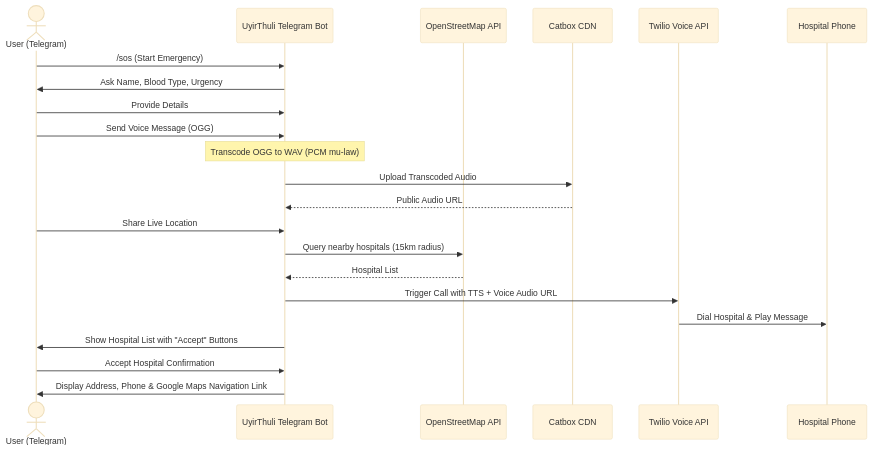
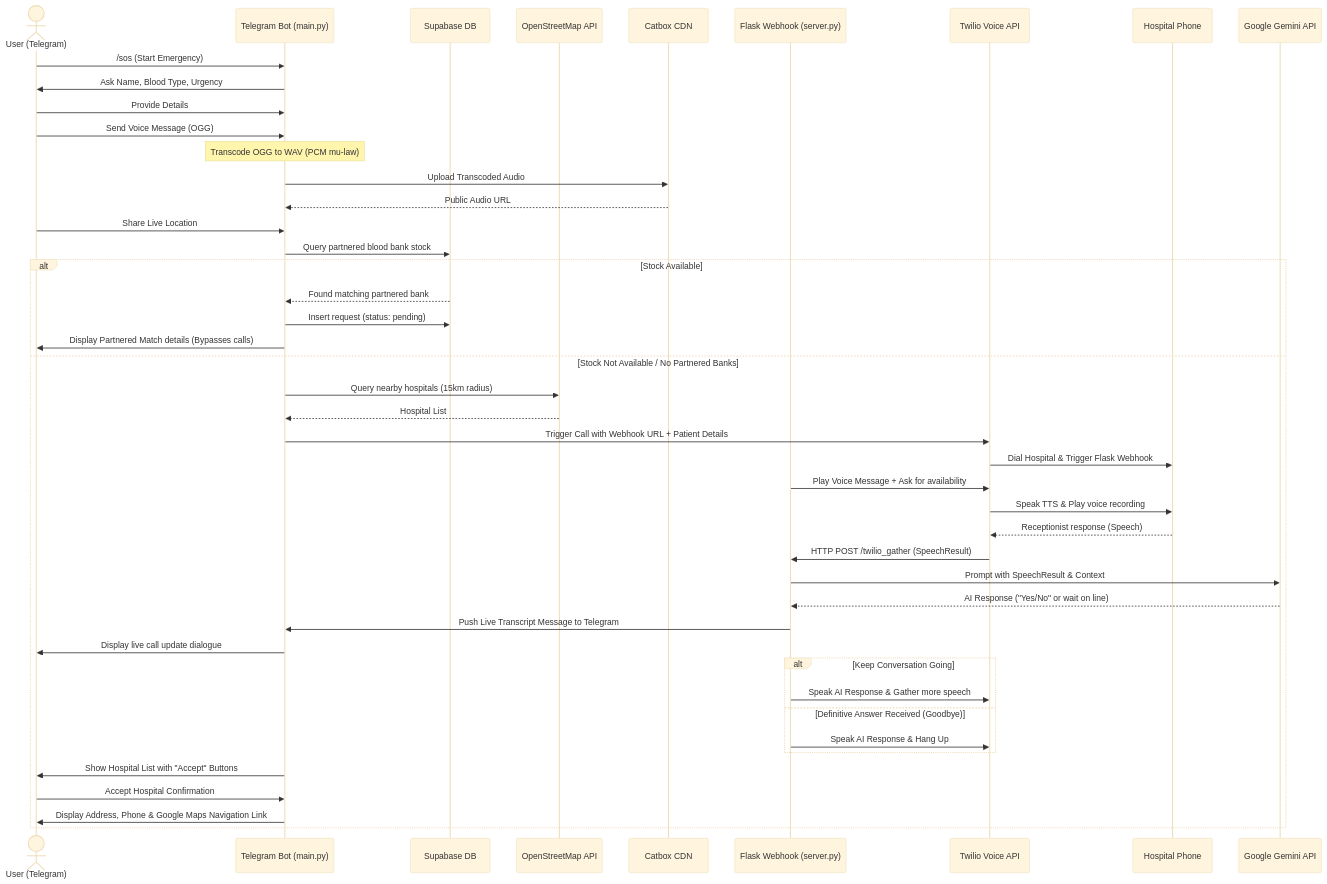
The diagram in README.md (akil-07/UyirThuli), drawn with Mermaid (base theme) before and after one commit. The commit also changed other lines of this file, not shown here.

Commit message:
docs: update README with Supabase blood bank matching, Gemini-powered Twilio conversational agents, and Flask webhook setup instructions

````diff
--- a/README.md
+++ b/README.md
@@ -20,25 +25,58 @@
 ```mermaid
 sequenceDiagram
     actor User as User (Telegram)
-    participant Bot as UyirThuli Telegram Bot
+    participant Bot as Telegram Bot (main.py)
+    participant DB as Supabase DB
     participant OSM as OpenStreetMap API
     participant CDN as Catbox CDN
+    participant Server as Flask Webhook (server.py)
     participant Twilio as Twilio Voice API
     participant Phone as Hospital Phone
+    participant Gemini as Google Gemini API
 
     User->>Bot: /sos (Start Emergency)
     Bot->>User: Ask Name, Blood Type, Urgency
     User->>Bot: Provide Details
     User->>Bot: Send Voice Message (OGG)
     Note over Bot: Transcode OGG to WAV (PCM mu-law)
     Bot->>CDN: Upload Transcoded Audio
     CDN-->>Bot: Public Audio URL
     User->>Bot: Share Live Location
-    Bot->>OSM: Query nearby hospitals (15km radius)
-    OSM-->>Bot: Hospital List
-    Bot->>Twilio: Trigger Call with TTS + Voice Audio URL
-    Twilio->>Phone: Dial Hospital & Play Message
-    Bot->>User: Show Hospital List with "Accept" Buttons
-    User->>Bot: Accept Hospital Confirmation
-    Bot->>User: Display Address, Phone & Google Maps Navigation Link
+    
+    %% Step 1: Database Check
+    Bot->>DB: Query partnered blood bank stock
+    alt Stock Available
+        DB-->>Bot: Found matching partnered bank
+        Bot->>DB: Insert request (status: pending)
+        Bot->>User: Display Partnered Match details (Bypasses calls)
+    else Stock Not Available / No Partnered Banks
+        %% Step 2: OSM Discovery & Twilio calls
+        Bot->>OSM: Query nearby hospitals (15km radius)
+        OSM-->>Bot: Hospital List
+        
+        Bot->>Twilio: Trigger Call with Webhook URL + Patient Details
+        Twilio->>Phone: Dial Hospital & Trigger Flask Webhook
+        
+        %% Webhook Interaction
+        Server->>Twilio: Play Voice Message + Ask for availability
+        Twilio->>Phone: Speak TTS & Play voice recording
+        Phone-->>Twilio: Receptionist response (Speech)
+        Twilio->>Server: HTTP POST /twilio_gather (SpeechResult)
+        
+        %% Gemini Conversational Loop
+        Server->>Gemini: Prompt with SpeechResult & Context
+        Gemini-->>Server: AI Response ("Yes/No" or wait on line)
+        Server->>Bot: Push Live Transcript Message to Telegram
+        Bot->>User: Display live call update dialogue
+        
+        alt Keep Conversation Going
+            Server->>Twilio: Speak AI Response & Gather more speech
+        else Definitive Answer Received (Goodbye)
+            Server->>Twilio: Speak AI Response & Hang Up
+        end
+        
+        Bot->>User: Show Hospital List with "Accept" Buttons
+        User->>Bot: Accept Hospital Confirmation
+        Bot->>User: Display Address, Phone & Google Maps Navigation Link
+    end
 ```
````
